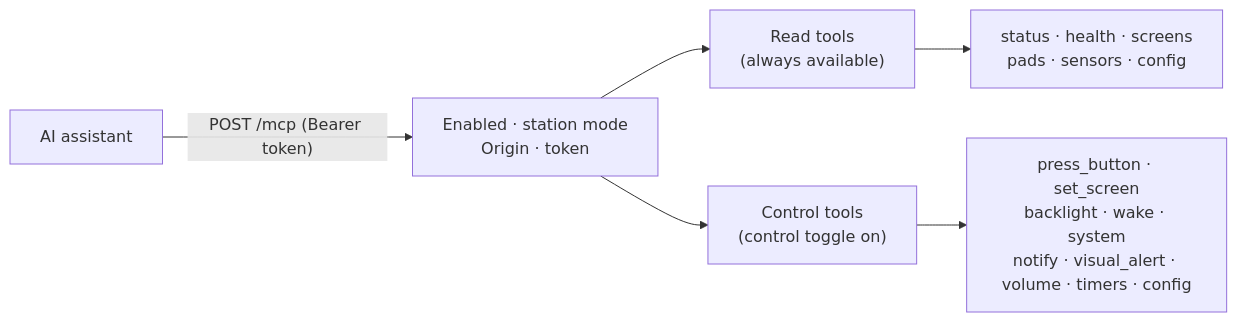
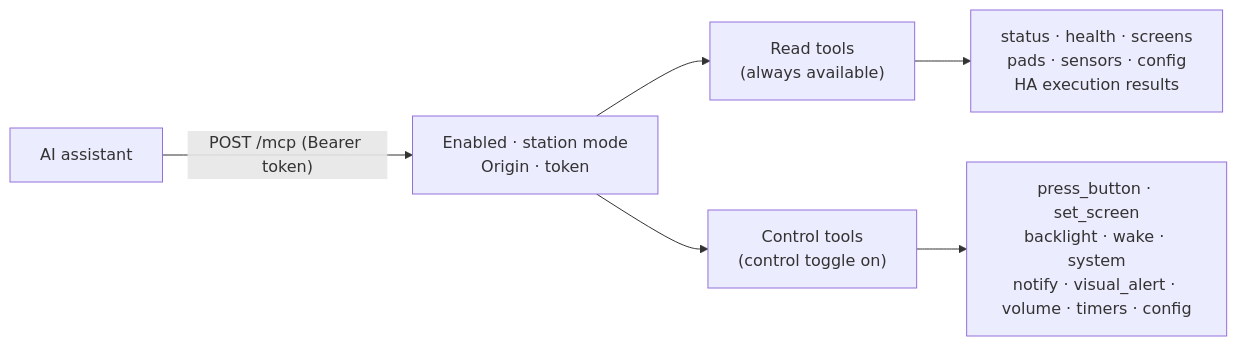
One commit to jantielens/esp32-macropad changed the diagram in docs/mcp-guide.md. Above: the diagram before and after it, drawn with Mermaid. The commit also changed other lines of this file and 13 other files, not shown here.

````diff
--- a/docs/mcp-guide.md
+++ b/docs/mcp-guide.md
@@ -136,8 +136,8 @@
 ```mermaid
 graph LR
     CLIENT["AI assistant"] -->|"POST /mcp (Bearer token)"| GATE["Enabled · station mode<br/>Origin · token"]
     GATE --> READ["Read tools<br/>(always available)"]
     GATE --> CONTROL["Control tools<br/>(control toggle on)"]
-    READ --> INFO["status · health · screens<br/>pads · sensors · config"]
+    READ --> INFO["status · health · screens<br/>pads · sensors · config<br/>HA execution results"]
     CONTROL --> ACT["press_button · set_screen<br/>backlight · wake · system<br/>notify · visual_alert · volume · timers · config"]
 ```
````
